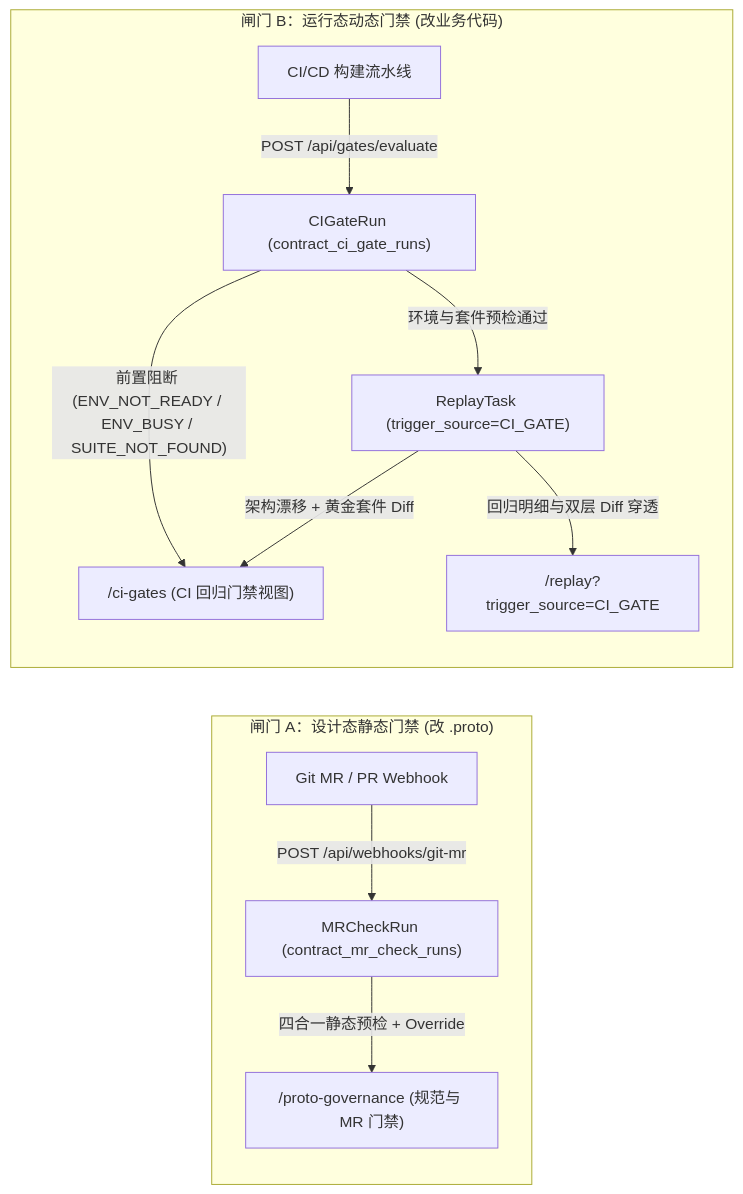
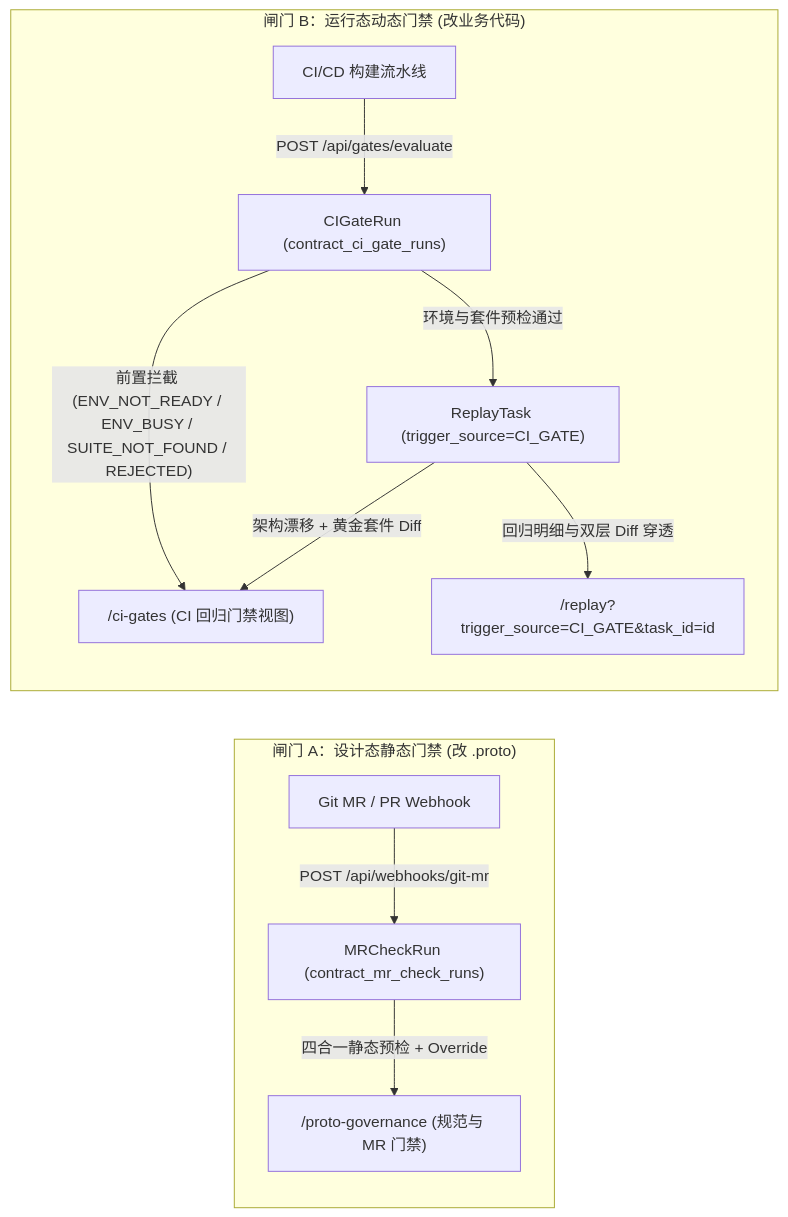
Before and after one commit to fugui/code-contract: the first of 2 diagrams in docs/05-adr/32-five-lines-flywheel-ux-dual-gate-and-audit-traceability-adr.md, drawn with Mermaid. The commit also changed other lines of this file, not shown here.

Commit message:
docs(adr): 实证复核修订 ADR-32（CI_GATE 可见性、门禁台账状态全集、七态归因与异步化、零评估回归子分口径）

````diff
--- a/docs/05-adr/32-five-lines-flywheel-ux-dual-gate-and-audit-traceability-adr.md
+++ b/docs/05-adr/32-five-lines-flywheel-ux-dual-gate-and-audit-traceability-adr.md
@@ -47,15 +48,15 @@
 ```mermaid
 flowchart LR
     subgraph GateA["闸门 A：设计态静态门禁 (改 .proto)"]
         MR["Git MR / PR Webhook"] -->|"POST /api/webhooks/git-mr"| MRRun["MRCheckRun (contract_mr_check_runs)"]
         MRRun -->|"四合一静态预检 + Override"| GovUI["/proto-governance (规范与 MR 门禁)"]
     end
 
     subgraph GateB["闸门 B：运行态动态门禁 (改业务代码)"]
         CI["CI/CD 构建流水线"] -->|"POST /api/gates/evaluate"| GateRun["CIGateRun (contract_ci_gate_runs)"]
         GateRun -->|"环境与套件预检通过"| Replay["ReplayTask (trigger_source=CI_GATE)"]
-        GateRun -->|"前置阻断 (ENV_NOT_READY / ENV_BUSY / SUITE_NOT_FOUND)"| GateUI["/ci-gates (CI 回归门禁视图)"]
+        GateRun -->|"前置拦截 (ENV_NOT_READY / ENV_BUSY / SUITE_NOT_FOUND / REJECTED)"| GateUI["/ci-gates (CI 回归门禁视图)"]
         Replay -->|"架构漂移 + 黄金套件 Diff"| GateUI
-        Replay -->|"回归明细与双层 Diff 穿透"| ReplayUI["/replay?trigger_source=CI_GATE"]
+        Replay -->|"回归明细与双层 Diff 穿透"| ReplayUI["/replay?trigger_source=CI_GATE&task_id=id"]
     end
 ```
````
